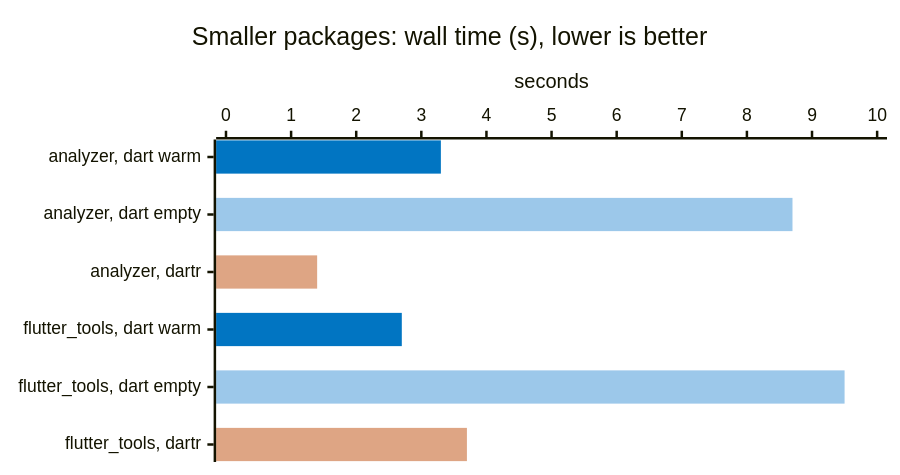
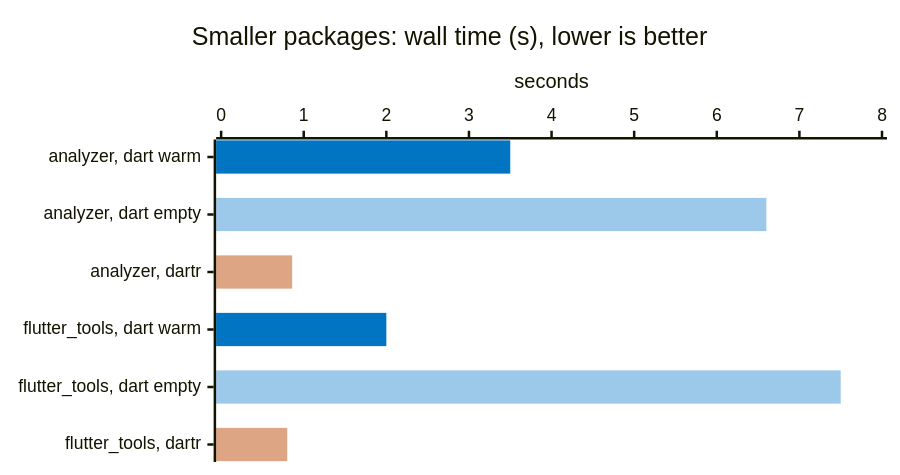
Before and after one commit to orestesgaolin/dartr: the second of 2 diagrams in README.md, drawn with Mermaid. The commit also changed other lines of this file and 2 other files, not shown here.

````diff
--- a/README.md
+++ b/README.md
@@ -161,18 +161,18 @@
 ```mermaid
 ---
 config:
   xyChart:
     height: 360
   themeVariables:
     xyChart:
       plotColorPalette: "#0175C2, #9CC8EA, #DEA584"
 ---
 xychart-beta horizontal
     %% -100 = no bar: one series per measurement gives each its own color
     title "Smaller packages: wall time (s), lower is better"
     x-axis ["analyzer, dart warm", "analyzer, dart empty", "analyzer, dartr", "flutter_tools, dart warm", "flutter_tools, dart empty", "flutter_tools, dartr"]
-    y-axis "seconds" 0 --> 10
-    bar [3.3, -100, -100, 2.7, -100, -100]
-    bar [-100, 8.7, -100, -100, 9.5, -100]
-    bar [-100, -100, 1.4, -100, -100, 3.7]
+    y-axis "seconds" 0 --> 8
+    bar [3.5, -100, -100, 2, -100, -100]
+    bar [-100, 6.6, -100, -100, 7.5, -100]
+    bar [-100, -100, 0.86, -100, -100, 0.8]
 ```
````
